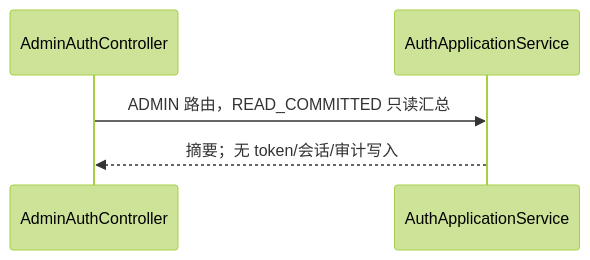
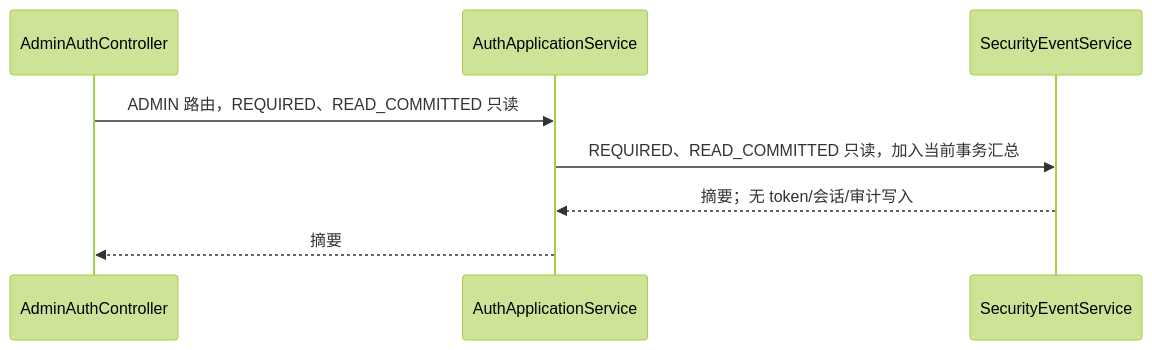
Before and after one commit to Kylinlixd/suno: the second of 33 diagrams in docs/requirements/operations.md, drawn with Mermaid (forest theme). The commit also changed other lines of this file and 2 other files, not shown here.

Commit message:
docs: clarify identity and operations transaction flows

````diff
--- a/docs/requirements/operations.md
+++ b/docs/requirements/operations.md
@@ -17,7 +17,10 @@
 ```mermaid
 sequenceDiagram
   participant C as AdminAuthController#securityEventsSummary
   participant A as AuthApplicationService#adminSecurityEventsSummary
-  C->>A: ADMIN 路由，READ_COMMITTED 只读汇总
-  A-->>C: 摘要；无 token/会话/审计写入
+  participant S as SecurityEventService#adminSecurityEventsSummary
+  C->>A: ADMIN 路由，REQUIRED、READ_COMMITTED 只读
+  A->>S: REQUIRED、READ_COMMITTED 只读，加入当前事务汇总
+  S-->>A: 摘要；无 token/会话/审计写入
+  A-->>C: 摘要
 ```
````
